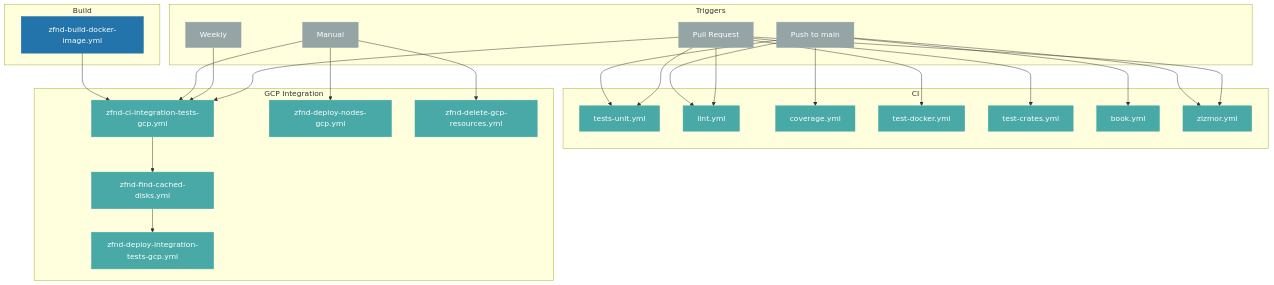
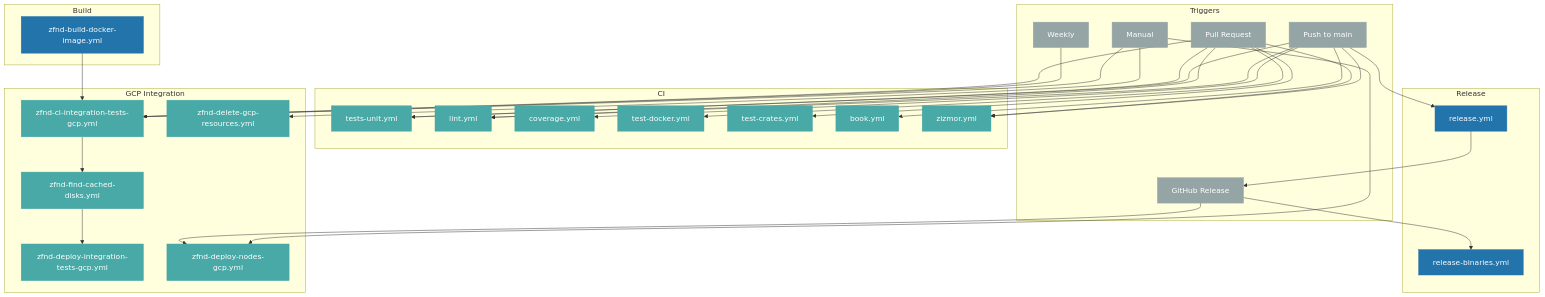
One commit to ShieldedLabs/zero changed the diagram in .github/workflows/README.md. Above: the diagram before and after it, drawn with Mermaid. The commit also changed other lines of this file and 291 other files, not shown here.

````diff
--- a/.github/workflows/README.md
+++ b/.github/workflows/README.md
@@ -24,51 +24,60 @@
 ```mermaid
 graph TB
   %% Triggers
   subgraph Triggers
-    PR[Pull Request] & Push[Push to main] & Schedule[Weekly] & Manual[Manual]
+    PR[Pull Request] & Push[Push to main] & ReleaseEvent[GitHub Release] & Schedule[Weekly] & Manual[Manual]
   end
 
   %% Reusable build
   subgraph Build
     BuildDocker[zfnd-build-docker-image.yml]
+  end
+
+  %% Release automation
+  subgraph Release
+    ReleaseWorkflow[release.yml]
+    ReleaseBinaries[release-binaries.yml]
   end
 
   %% CI workflows
   subgraph CI
     Unit[tests-unit.yml]
     Lint[lint.yml]
     Coverage[coverage.yml]
     DockerCfg[test-docker.yml]
     CrateBuild[test-crates.yml]
     Docs[book.yml]
     Security[zizmor.yml]
   end
 
   %% Integration tests on GCP
   subgraph GCP Integration
     IT[zfnd-ci-integration-tests-gcp.yml]
     FindDisks[zfnd-find-cached-disks.yml]
     Deploy[zfnd-deploy-integration-tests-gcp.yml]
     DeployNodes[zfnd-deploy-nodes-gcp.yml]
     Cleanup[zfnd-delete-gcp-resources.yml]
   end
 
   %% Trigger wiring
   PR --> Unit & Lint & DockerCfg & CrateBuild & IT & Security
-  Push --> Unit & Lint & Coverage & Docs & Security
+  Push --> Unit & Lint & Coverage & Docs & Security & ReleaseWorkflow
+  ReleaseWorkflow --> ReleaseEvent
+  ReleaseEvent --> ReleaseBinaries & DeployNodes
   Schedule --> IT
   Manual --> IT & DeployNodes & Cleanup
 
   %% Build dependency
   BuildDocker --> IT
   IT --> FindDisks --> Deploy
 
   %% Styling
   classDef primary fill:#2374ab,stroke:#2374ab,color:white
   classDef secondary fill:#48a9a6,stroke:#48a9a6,color:white
   classDef trigger fill:#95a5a6,stroke:#95a5a6,color:white
   class BuildDocker primary
+  class ReleaseWorkflow,ReleaseBinaries primary
   class Unit,Lint,Coverage,DockerCfg,CrateBuild,Docs,Security secondary
   class IT,FindDisks,Deploy,DeployNodes,Cleanup secondary
-  class PR,Push,Schedule,Manual trigger
+  class PR,Push,ReleaseEvent,Schedule,Manual trigger
 ```
````
